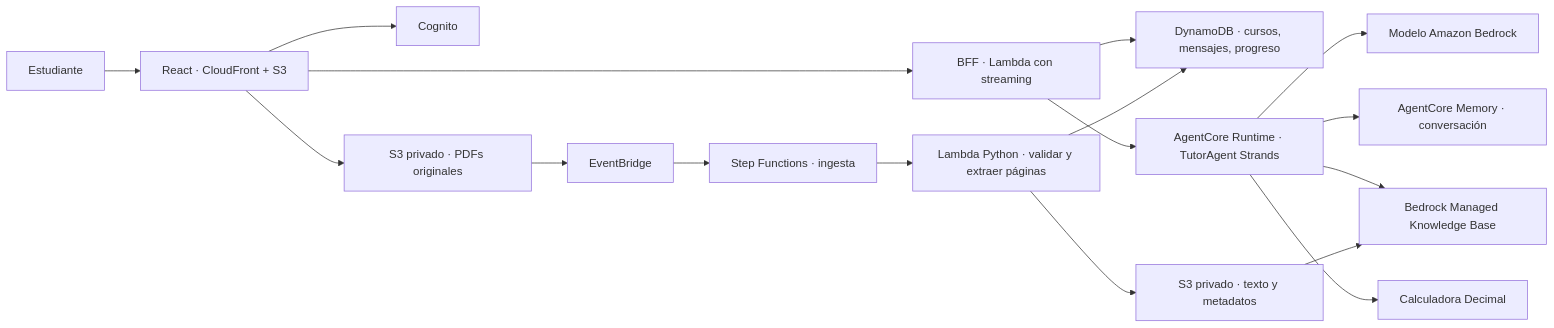
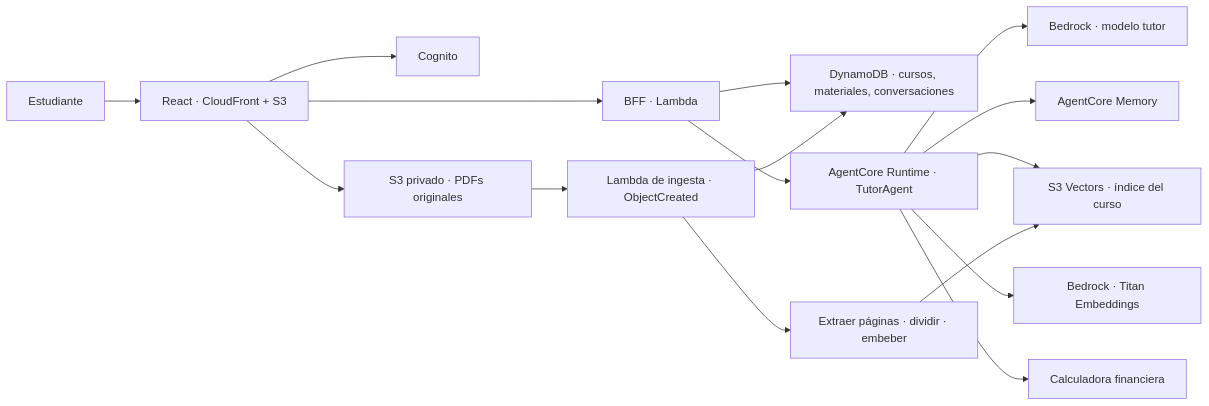
The diagram in docs/architecture.md (AlexisToribio/finantutor), drawn with Mermaid before and after one commit. The commit also changed other lines of this file and 85 other files, not shown here.

````diff
--- a/docs/architecture.md
+++ b/docs/architecture.md
@@ -11,19 +5,18 @@
 ```mermaid
 flowchart LR
   U[Estudiante] --> UI[React · CloudFront + S3]
-  UI --> A[Cognito]
-  UI --> B[BFF · Lambda con streaming]
-  B --> D[DynamoDB · cursos, mensajes, progreso]
-  B --> R[AgentCore Runtime · TutorAgent Strands]
-  R --> L[Modelo Amazon Bedrock]
-  R --> M[AgentCore Memory · conversación]
-  R --> K[Bedrock Managed Knowledge Base]
-  R --> F[Calculadora Decimal]
+  UI --> C[Cognito]
+  UI --> B[BFF · Lambda]
+  B --> D[DynamoDB · cursos, materiales, conversaciones]
+  B --> R[AgentCore Runtime · TutorAgent]
+  R --> L[Bedrock · modelo tutor]
+  R --> M[AgentCore Memory]
+  R --> V[S3 Vectors · índice del curso]
+  R --> E[Bedrock · Titan Embeddings]
+  R --> F[Calculadora financiera]
   UI --> S[S3 privado · PDFs originales]
-  S --> E[EventBridge]
-  E --> W[Step Functions · ingesta]
-  W --> P[Lambda Python · validar y extraer páginas]
-  P --> C[S3 privado · texto y metadatos]
-  C --> K
-  P --> D
+  S --> W[Lambda de ingesta · ObjectCreated]
+  W --> P[Extraer páginas · dividir · embeber]
+  P --> V
+  W --> D
 ```
````
